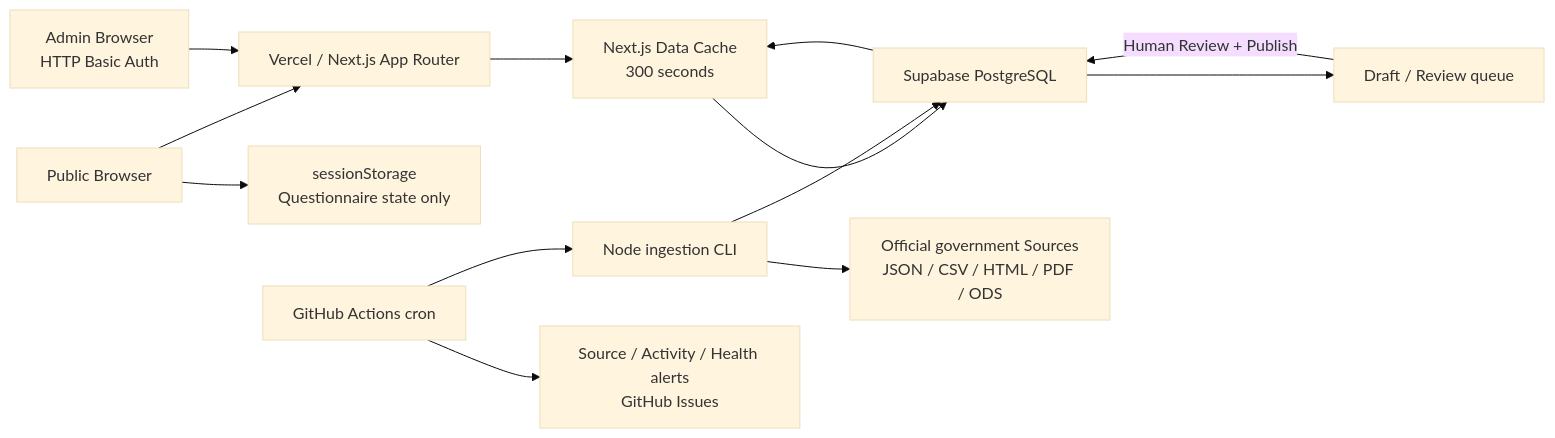
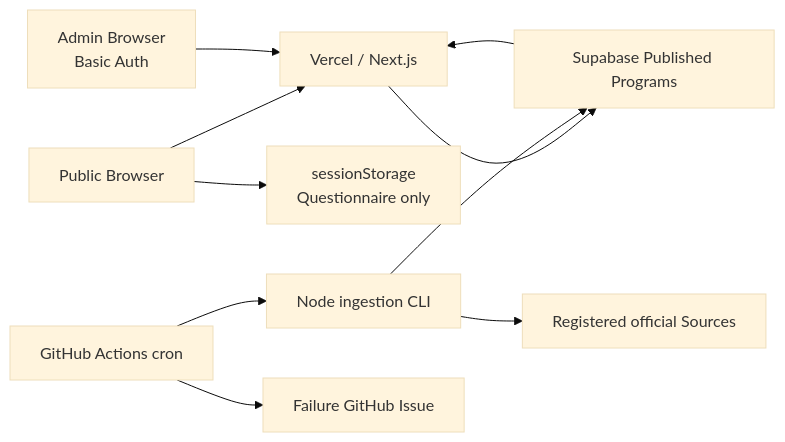
Before and after one commit to des86532/gov-welfare: the diagram in docs/ARCHITECTURE.md, drawn with Mermaid (base theme). The commit also changed other lines of this file and 31 other files, not shown here.

Commit message:
Remove manual review and auto-sync official sources

````diff
--- a/docs/ARCHITECTURE.md
+++ b/docs/ARCHITECTURE.md
@@ -36,16 +13,12 @@
 ```mermaid
 flowchart LR
-  U["Public Browser"] --> V["Vercel / Next.js App Router"]
-  U --> S["sessionStorage\nQuestionnaire state only"]
-  V --> C["Next.js Data Cache\n300 seconds"]
-  C --> DB["Supabase PostgreSQL"]
-  A["Admin Browser\nHTTP Basic Auth"] --> V
-
-  G["GitHub Actions cron"] --> CLI["Node ingestion CLI"]
-  G --> N["Source / Activity / Health alerts\nGitHub Issues"]
-  CLI --> O["Official government Sources\nJSON / CSV / HTML / PDF / ODS"]
-  CLI --> DB
-  DB --> R["Draft / Review queue"]
-  R -->|"Human Review + Publish"| DB
-  DB --> C
+  U["Public Browser"] --> V["Vercel / Next.js"]
+  U --> S["sessionStorage\nQuestionnaire only"]
+  V --> DB["Supabase Published Programs"]
+  A["Admin Browser\nBasic Auth"] --> V
+  G["GitHub Actions cron"] --> C["Node ingestion CLI"]
+  C --> O["Registered official Sources"]
+  C --> DB
+  DB --> V
+  G --> I["Failure GitHub Issue"]
 ```
````
